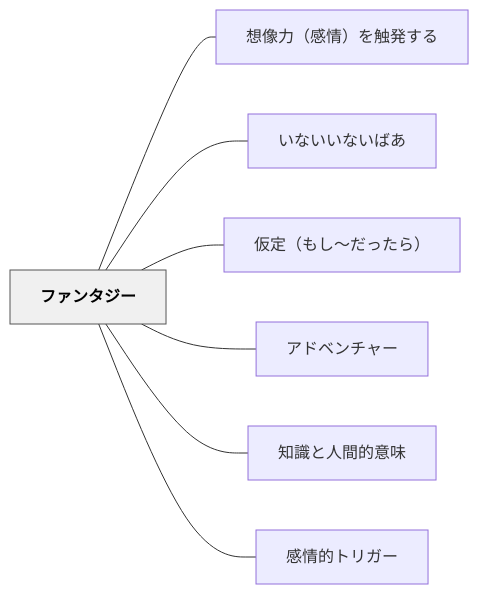
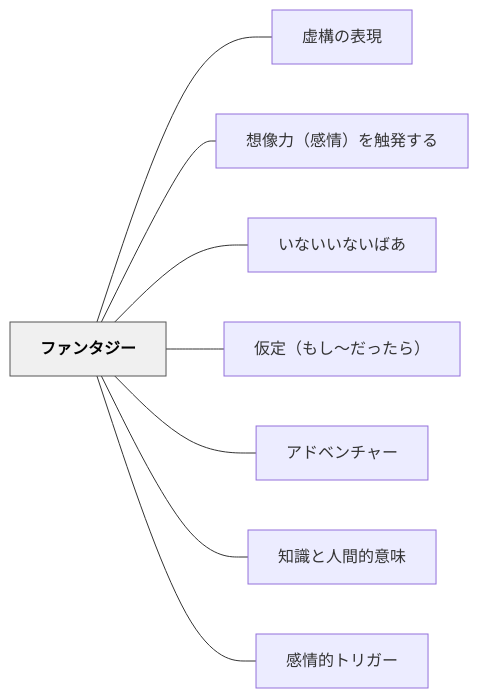
The diagram in content/パタン/ファンタジー.md (unknownthings-ed-patterns/unknownthings-ed-patterns), drawn with Mermaid before and after one commit. The commit also changed other lines of this file and 473 other files, not shown here.

````diff
--- a/content/パタン/ファンタジー.md
+++ b/content/パタン/ファンタジー.md
@@ -49,20 +50,22 @@
 ```mermaid
 flowchart LR
     ne38395e382a1["ファンタジー"]
+    ne8999ae6a78b["虚構の表現"]
     ne683b3e5838f["想像力（感情）を触発する"]
     ne38184e381aa["いないいないばあ"]
     ne4bbaee5ae9a["仮定（もし〜だったら）"]
     ne382a2e38389["アドベンチャー"]
     ne79fa5e8ad98["知識と人間的意味"]
     ne6849fe68385["感情的トリガー"]
 
+    ne38395e382a1 --- ne8999ae6a78b
     ne38395e382a1 --- ne683b3e5838f
     ne38395e382a1 --- ne38184e381aa
     ne38395e382a1 --- ne4bbaee5ae9a
     ne38395e382a1 --- ne382a2e38389
     ne38395e382a1 --- ne79fa5e8ad98
     ne38395e382a1 --- ne6849fe68385
 
     classDef hub fill:#f0f0f0,stroke:#555,color:#000,font-weight:bold
     class ne38395e382a1 hub
 ```
````
